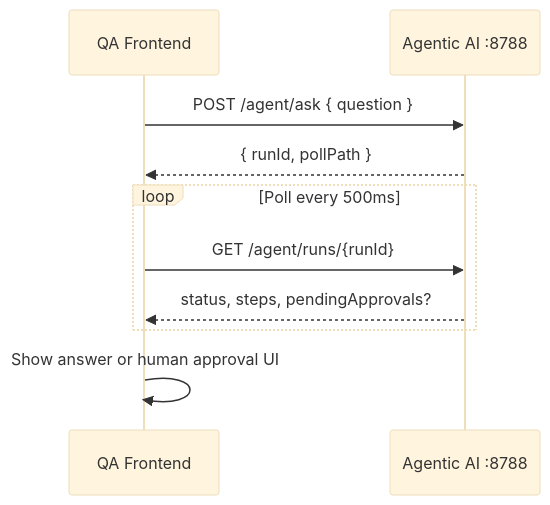
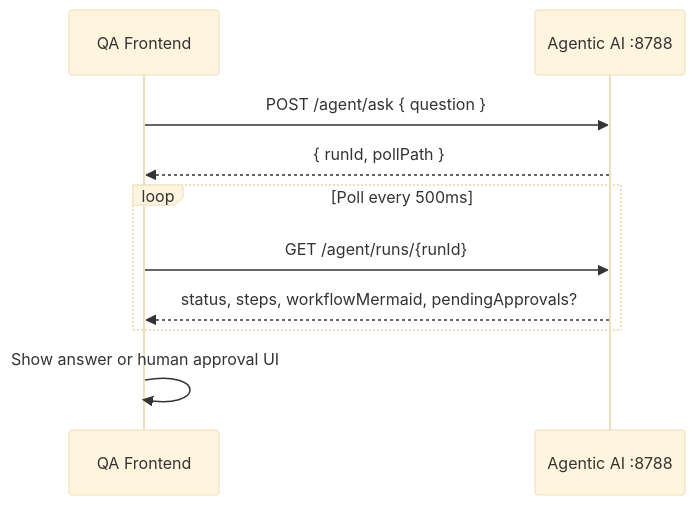
The diagram in README.md (michaelgsx/AiDecisionMakingQAFront), drawn with Mermaid (base theme) before and after one commit. The commit also changed other lines of this file and 7 other files, not shown here.

First line of the commit message:
Show live workflow DAG diagram during orchestrator polling.

````diff
--- a/README.md
+++ b/README.md
@@ -39,13 +39,13 @@
 ```mermaid
 sequenceDiagram
   participant UI as QA Frontend
   participant API as Agentic AI :8788
 
   UI->>API: POST /agent/ask { question }
   API-->>UI: { runId, pollPath }
   loop Poll every 500ms
     UI->>API: GET /agent/runs/{runId}
-    API-->>UI: status, steps, pendingApprovals?
+    API-->>UI: status, steps, workflowMermaid, pendingApprovals?
   end
   UI->>UI: Show answer or human approval UI
 ```
````
